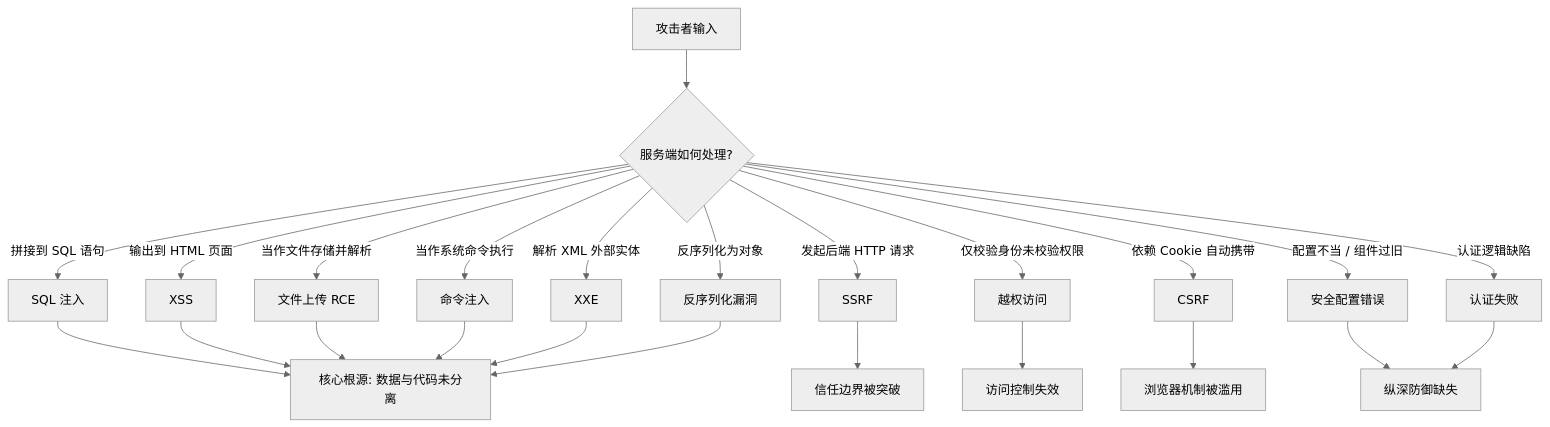
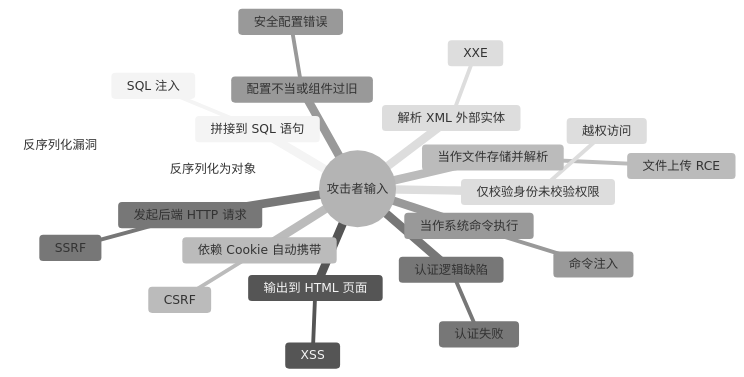
One commit to J1syan/J1syan.github.io changed the first of 11 diagrams in src/content/blog/web-security-interview-notes.md. Above: the diagram before and after it, drawn with Mermaid (neutral theme).

Commit message:
fix: 将全景图改为 mindmap 语法，彻底避免 dagre 汇聚问题
mindmap 天然支持多分支展开，不需要手动计算节点位置

🤖 Generated with [Qoder][https://qoder.com]

````diff
--- a/src/content/blog/web-security-interview-notes.md
+++ b/src/content/blog/web-security-interview-notes.md
@@ -17,29 +17,26 @@
 ```mermaid
-graph TD
-    A["攻击者输入"] --> B{"服务端如何处理?"}
-
-    B -->|"拼接到 SQL 语句"| C["SQL 注入"]
-    B -->|"输出到 HTML 页面"| D["XSS"]
-    B -->|"当作文件存储并解析"| E["文件上传 RCE"]
-    B -->|"发起后端 HTTP 请求"| F["SSRF"]
-    B -->|"当作系统命令执行"| G["命令注入"]
-    B -->|"解析 XML 外部实体"| H["XXE"]
-    B -->|"反序列化为对象"| I["反序列化漏洞"]
-    B -->|"仅校验身份未校验权限"| J["越权访问"]
-    B -->|"依赖 Cookie 自动携带"| K["CSRF"]
-    B -->|"配置不当 / 组件过旧"| L["安全配置错误"]
-    B -->|"认证逻辑缺陷"| M["认证失败"]
-
-    C --> N["核心根源: 数据与代码未分离"]
-    D --> N
-    E --> N
-    G --> N
-    H --> N
-    I --> N
-
-    F --> O["信任边界被突破"]
-    J --> P["访问控制失效"]
-    K --> Q["浏览器机制被滥用"]
-    L --> R["纵深防御缺失"]
-    M --> R
+mindmap
+  root((攻击者输入))
+    拼接到 SQL 语句
+      SQL 注入
+    输出到 HTML 页面
+      XSS
+    当作文件存储并解析
+      文件上传 RCE
+    发起后端 HTTP 请求
+      SSRF
+    当作系统命令执行
+      命令注入
+    解析 XML 外部实体
+      XXE
+    反序列化为对象
+      反序列化漏洞
+    仅校验身份未校验权限
+      越权访问
+    依赖 Cookie 自动携带
+      CSRF
+    配置不当或组件过旧
+      安全配置错误
+    认证逻辑缺陷
+      认证失败
 ```
````
